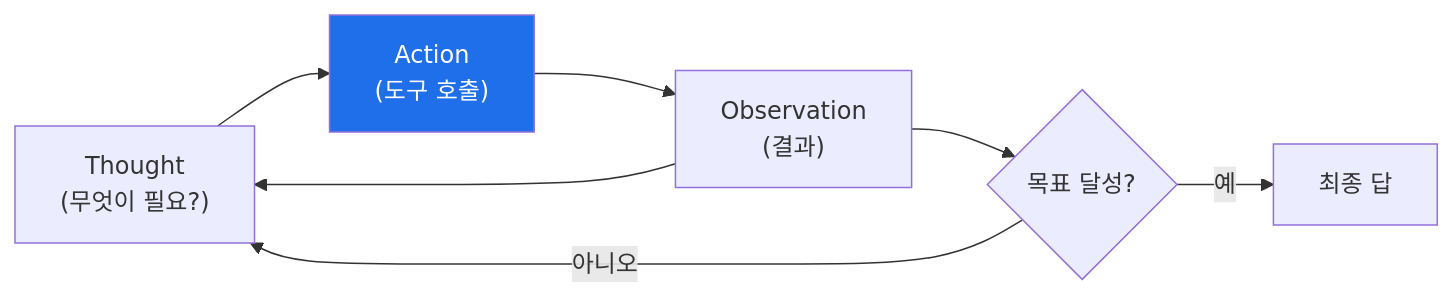
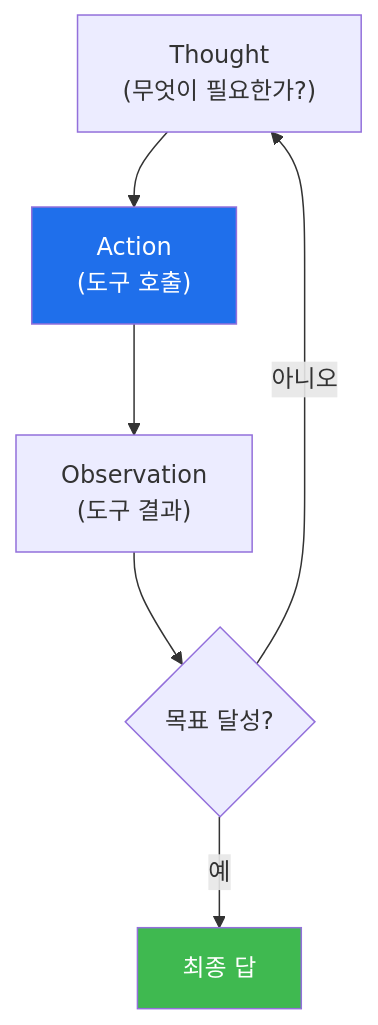
The diagram in contents/training/autonomous-security/lecture_week02.md (mrgrit/tw2), drawn with Mermaid before and after one commit. The commit also changed other lines of this file, not shown here.

````diff
--- a/contents/training/autonomous-security/lecture_week02.md
+++ b/contents/training/autonomous-security/lecture_week02.md
@@ -55,10 +58,10 @@
 ```mermaid
-graph LR
-    T["Thought<br/>(무엇이 필요?)"] --> A["Action<br/>(도구 호출)"]
-    A --> O["Observation<br/>(결과)"]
-    O --> T
+graph TD
+    T["Thought<br/>(무엇이 필요한가?)"] --> A["Action<br/>(도구 호출)"]
+    A --> O["Observation<br/>(도구 결과)"]
     O --> D{"목표 달성?"}
-    D -->|아니오| T
-    D -->|예| F["최종 답"]
+    D -->|"아니오"| T
+    D -->|"예"| F["최종 답"]
     style A fill:#1f6feb,color:#fff
+    style F fill:#3fb950,color:#fff
 ```
````
